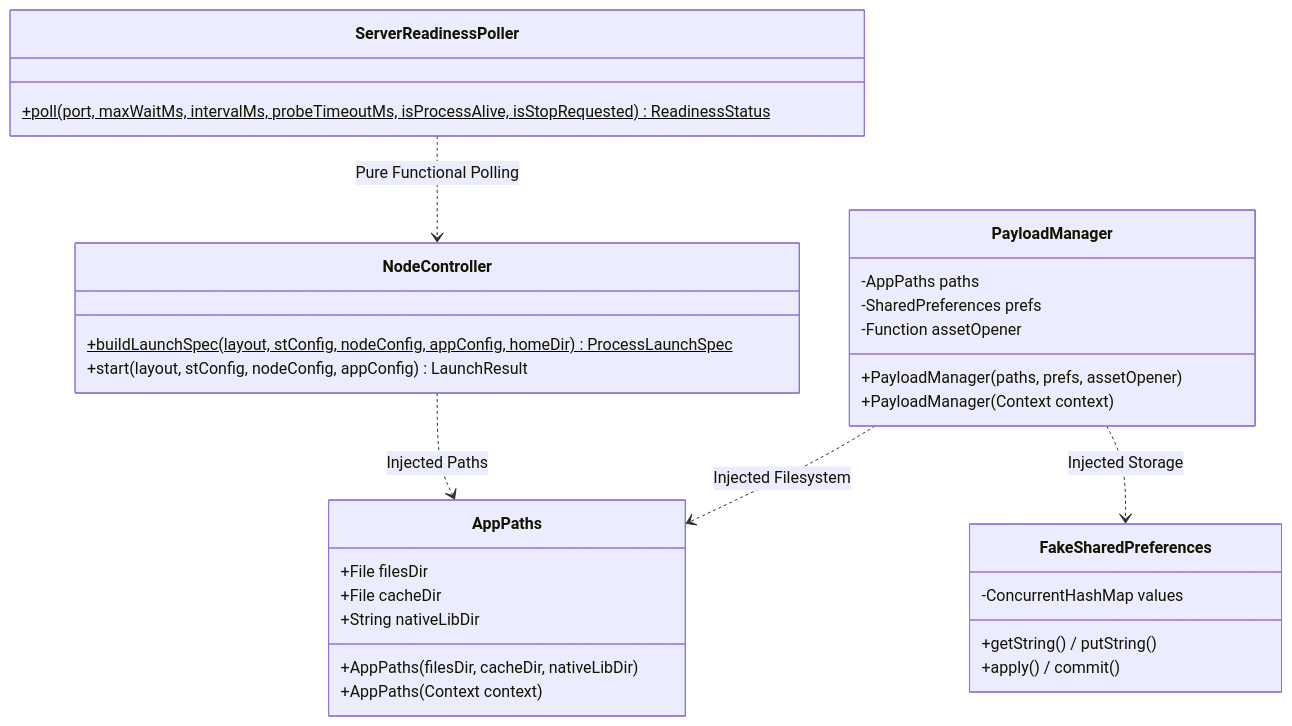
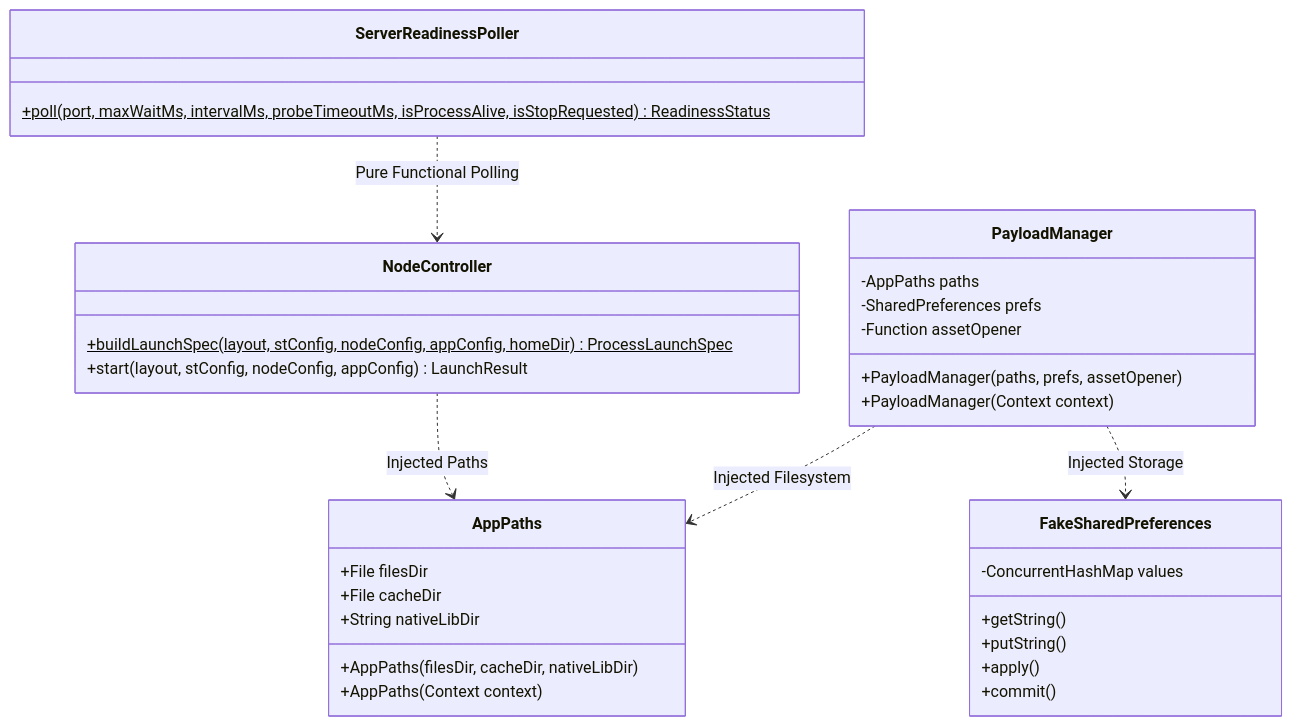
The second of 4 diagrams in testing.md (OblivCode/ST-Mobile-Android), drawn with Mermaid before and after one commit. The commit also changed other lines of this file and 2 other files, not shown here.

Commit message:
docs: add comprehensive testing architecture reference and update architectural guides

````diff
--- a/testing.md
+++ b/testing.md
@@ -207,38 +206,40 @@
 ```mermaid
 classDiagram
     class AppPaths {
         +File filesDir
         +File cacheDir
         +String nativeLibDir
         +AppPaths(filesDir, cacheDir, nativeLibDir)
         +AppPaths(Context context)
     }
 
     class FakeSharedPreferences {
         -ConcurrentHashMap values
-        +getString() / putString()
-        +apply() / commit()
+        +getString()
+        +putString()
+        +apply()
+        +commit()
     }
 
     class PayloadManager {
         -AppPaths paths
         -SharedPreferences prefs
         -Function assetOpener
         +PayloadManager(paths, prefs, assetOpener)
         +PayloadManager(Context context)
     }
 
     class NodeController {
         +buildLaunchSpec(layout, stConfig, nodeConfig, appConfig, homeDir)$ ProcessLaunchSpec
         +start(layout, stConfig, nodeConfig, appConfig) LaunchResult
     }
 
     class ServerReadinessPoller {
         +poll(port, maxWaitMs, intervalMs, probeTimeoutMs, isProcessAlive, isStopRequested)$ ReadinessStatus
     }
 
     PayloadManager ..> AppPaths : Injected Filesystem
     PayloadManager ..> FakeSharedPreferences : Injected Storage
     NodeController ..> AppPaths : Injected Paths
     ServerReadinessPoller ..> NodeController : Pure Functional Polling
 ```
````
